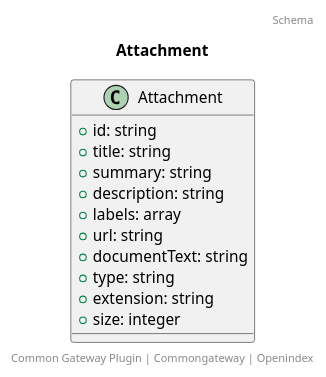
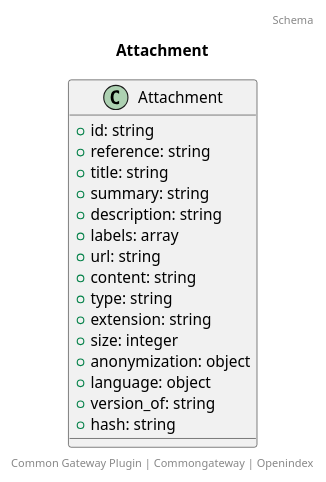
The diagram in docs/schema/Attachment.puml (CommonGateway/OpenIndex), drawn with PlantUML before and after one commit. The commit also changed 6 other files, not shown here.

```diff
--- a/docs/schema/Attachment.puml
+++ b/docs/schema/Attachment.puml
@@ -1,18 +1,23 @@
 @startuml
 title: Attachment
 footer: Common Gateway Plugin | Commongateway | Openindex 
 header: Schema
 
 class Attachment {
   + id: string
+  + reference: string
   + title: string
   + summary: string
   + description: string
   + labels: array
   + url: string
-  + documentText: string
+  + content: string
   + type: string
   + extension: string
   + size: integer
+  + anonymization: object
+  + language: object
+  + version_of: string
+  + hash: string
 }
 @enduml
```
